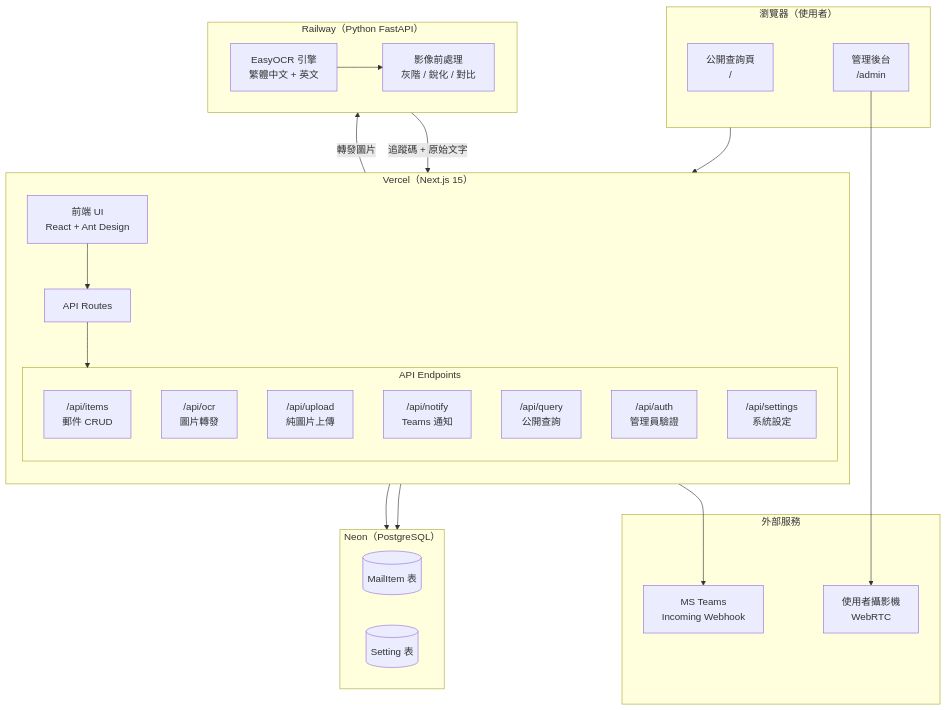
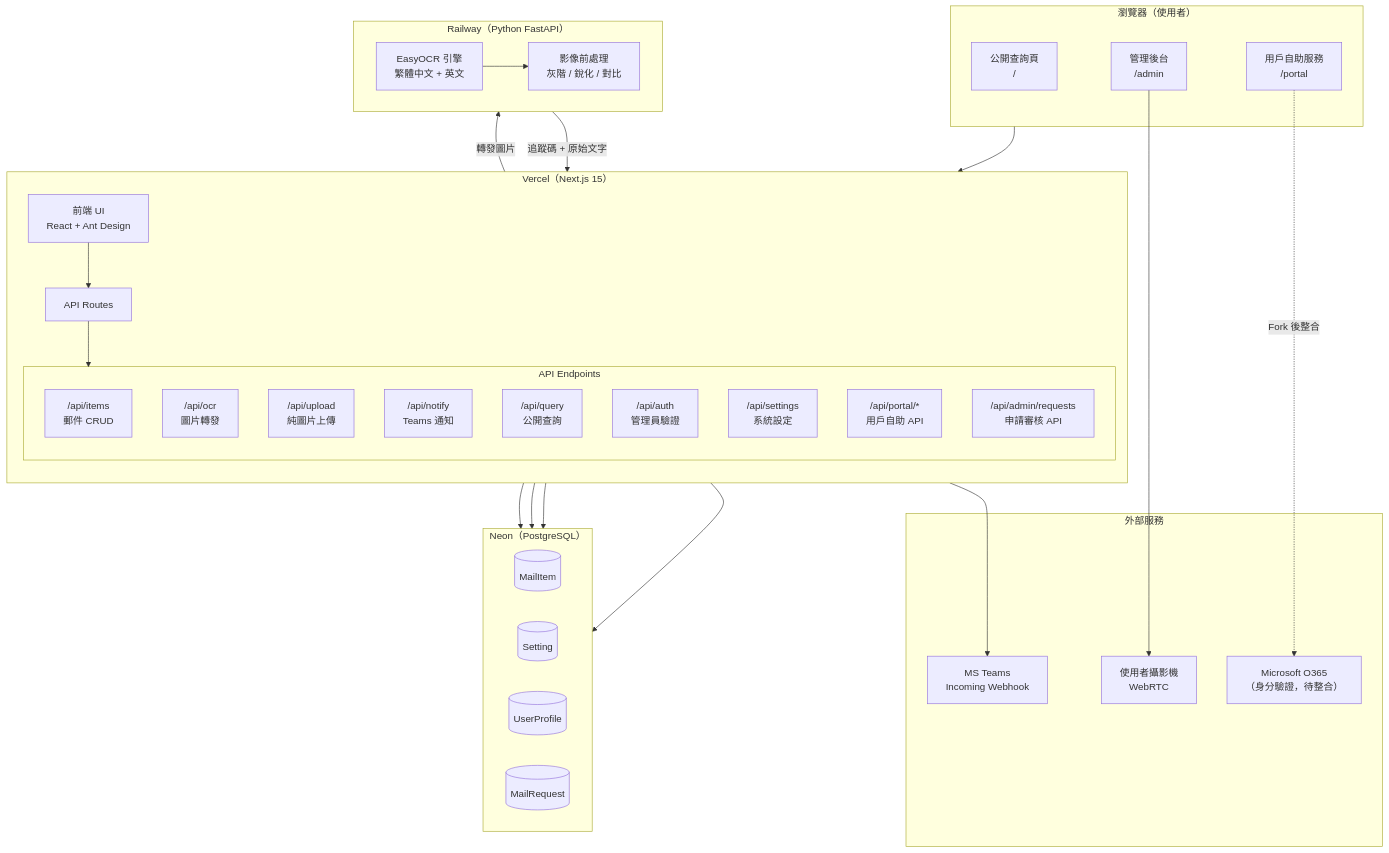
Before and after one commit to kevinzeroCode/tku-mail-delivery: the first of 2 diagrams in README.md, drawn with Mermaid. The commit also changed other lines of this file and 18 other files, not shown here.

First line of the commit message:
feat: user portal, mail requests, returnDate tracking, and O365 auth placeholder

````diff
--- a/README.md
+++ b/README.md
@@ -9,50 +9,59 @@
 ```mermaid
 graph TB
     subgraph Client["瀏覽器（使用者）"]
         A1["公開查詢頁<br/>/"]
         A2["管理後台<br/>/admin"]
+        A3["用戶自助服務<br/>/portal"]
     end
 
     subgraph Vercel["Vercel（Next.js 15）"]
         direction TB
         B1["前端 UI<br/>React + Ant Design"]
         B2["API Routes"]
 
         subgraph API["API Endpoints"]
             C1["/api/items<br/>郵件 CRUD"]
             C2["/api/ocr<br/>圖片轉發"]
             C3["/api/upload<br/>純圖片上傳"]
             C4["/api/notify<br/>Teams 通知"]
             C5["/api/query<br/>公開查詢"]
             C6["/api/auth<br/>管理員驗證"]
             C7["/api/settings<br/>系統設定"]
+            C8["/api/portal/*<br/>用戶自助 API"]
+            C9["/api/admin/requests<br/>申請審核 API"]
         end
 
         B1 --> B2
         B2 --> API
     end
 
     subgraph Neon["Neon（PostgreSQL）"]
-        D1[("MailItem 表")]
-        D2[("Setting 表")]
+        D1[("MailItem")]
+        D2[("Setting")]
+        D3[("UserProfile")]
+        D4[("MailRequest")]
     end
 
     subgraph Railway["Railway（Python FastAPI）"]
         E1["EasyOCR 引擎<br/>繁體中文 + 英文"]
         E2["影像前處理<br/>灰階 / 銳化 / 對比"]
         E1 --> E2
     end
 
     subgraph External["外部服務"]
         F1["MS Teams<br/>Incoming Webhook"]
         F2["使用者攝影機<br/>WebRTC"]
+        F3["Microsoft O365<br/>（身分驗證，待整合）"]
     end
 
     Client --> Vercel
     C1 --> Neon
     C7 --> Neon
+    C8 --> Neon
+    C9 --> Neon
     C2 -->|"轉發圖片"| Railway
     Railway -->|"追蹤碼 + 原始文字"| C2
     C4 --> F1
     A2 --> F2
+    A3 -.->|"Fork 後整合"| F3
 ```
````
